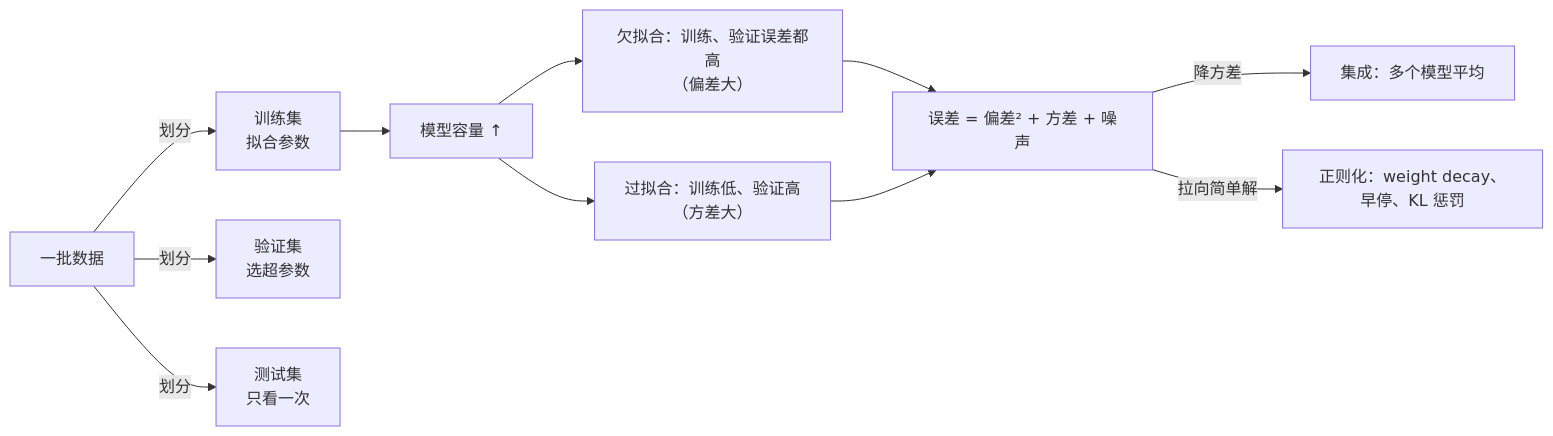
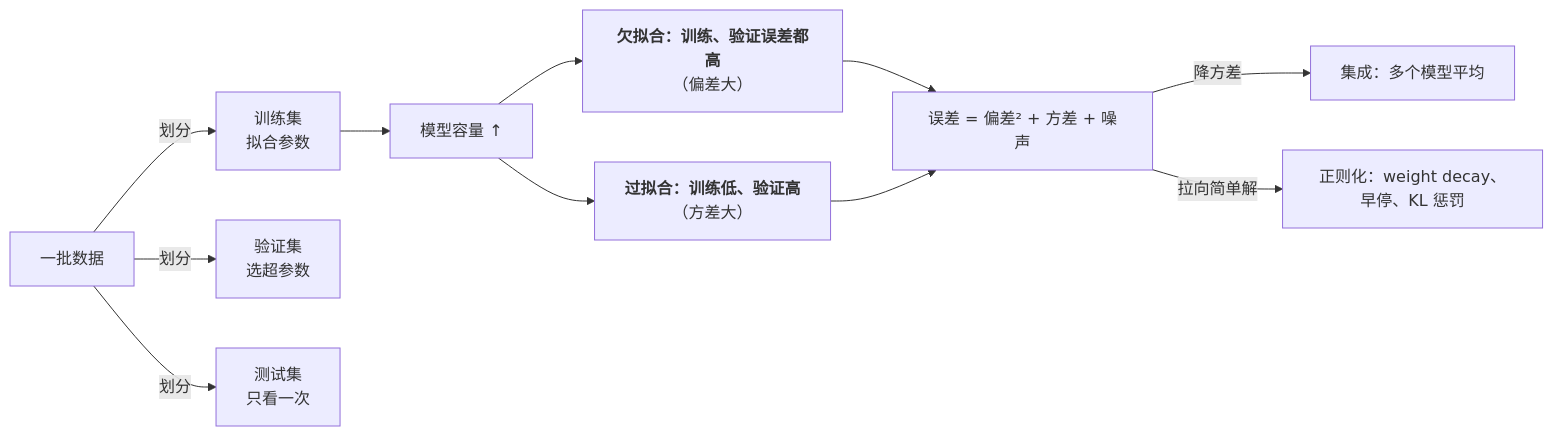
One commit to arganzheng/arganzheng.github.com changed the first of 3 diagrams in _posts/2026-02-28-what-is-learning-splits-generalization-and-bias-variance.md. Above: the diagram before and after it, drawn with Mermaid. The commit also changed other lines of this file and 8 other files, not shown here.

First line of the commit message:
LLM 时代的经典机器学习：只讲它在哪里重现：Mermaid 多行方框的首行标为标题（9 篇）

````diff
--- a/_posts/2026-02-28-what-is-learning-splits-generalization-and-bias-variance.md
+++ b/_posts/2026-02-28-what-is-learning-splits-generalization-and-bias-variance.md
@@ -23,13 +23,13 @@
 ```mermaid
 %% 图：从数据到误差：四个概念在一次实验里出现的顺序
 flowchart LR
     D[一批数据] -->|划分| T[训练集<br/>拟合参数]
     D -->|划分| V[验证集<br/>选超参数]
     D -->|划分| S[测试集<br/>只看一次]
     T --> M[模型容量 ↑]
-    M --> U["欠拟合：训练、验证误差都高<br/>（偏差大）"]
-    M --> O["过拟合：训练低、验证高<br/>（方差大）"]
+    M --> U["<b>欠拟合：训练、验证误差都高</b><br/>（偏差大）"]
+    M --> O["<b>过拟合：训练低、验证高</b><br/>（方差大）"]
     U & O --> E["误差 = 偏差² + 方差 + 噪声"]
     E -->|降方差| B[集成：多个模型平均]
     E -->|拉向简单解| R[正则化：weight decay、早停、KL 惩罚]
 ```
````
